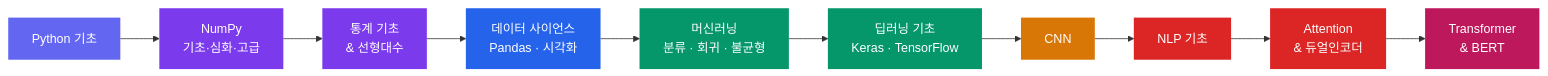
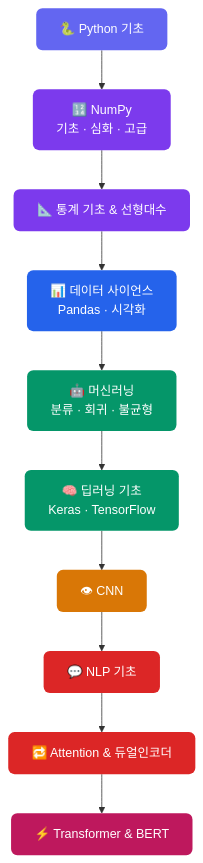
The diagram in README.md (coding-jhj/Review-Estcamp-AI-Human), drawn with Mermaid before and after one commit.

Commit message:
Update learning roadmap diagram in README.md

````diff
--- a/README.md
+++ b/README.md
@@ -32,23 +32,24 @@
 ```mermaid
-flowchart LR
-    A[Python 기초] --> B[NumPy\n기초·심화·고급]
-    B --> C[통계 기초\n& 선형대수]
-    C --> D[데이터 사이언스\nPandas · 시각화]
-    D --> E[머신러닝\n분류 · 회귀 · 불균형]
-    E --> F[딥러닝 기초\nKeras · TensorFlow]
-    F --> G[CNN]
-    G --> H[NLP 기초]
-    H --> I[Attention\n& 듀얼인코더]
-    I --> J[Transformer\n& BERT]
+flowchart TD
+    A["🐍 Python 기초"] --> B
+    B["🔢 NumPy\n기초 · 심화 · 고급"] --> C
+    C["📐 통계 기초 & 선형대수"] --> D
+    D["📊 데이터 사이언스\nPandas · 시각화"] --> E
+    E["🤖 머신러닝\n분류 · 회귀 · 불균형"] --> F
+    F["🧠 딥러닝 기초\nKeras · TensorFlow"] --> G
+    G["👁 CNN"] --> H
+    H["💬 NLP 기초"] --> I
+    I["🔁 Attention & 듀얼인코더"] --> J
+    J["⚡ Transformer & BERT"]
 
-    style A fill:#6366f1,color:#fff,stroke:none
-    style B fill:#7c3aed,color:#fff,stroke:none
-    style C fill:#7c3aed,color:#fff,stroke:none
-    style D fill:#2563eb,color:#fff,stroke:none
-    style E fill:#059669,color:#fff,stroke:none
-    style F fill:#059669,color:#fff,stroke:none
-    style G fill:#d97706,color:#fff,stroke:none
-    style H fill:#dc2626,color:#fff,stroke:none
-    style I fill:#dc2626,color:#fff,stroke:none
-    style J fill:#be185d,color:#fff,stroke:none
+    style A fill:#6366f1,color:#fff,stroke:none,rx:8
+    style B fill:#7c3aed,color:#fff,stroke:none,rx:8
+    style C fill:#7c3aed,color:#fff,stroke:none,rx:8
+    style D fill:#2563eb,color:#fff,stroke:none,rx:8
+    style E fill:#059669,color:#fff,stroke:none,rx:8
+    style F fill:#059669,color:#fff,stroke:none,rx:8
+    style G fill:#d97706,color:#fff,stroke:none,rx:8
+    style H fill:#dc2626,color:#fff,stroke:none,rx:8
+    style I fill:#dc2626,color:#fff,stroke:none,rx:8
+    style J fill:#be185d,color:#fff,stroke:none,rx:8
 ```
````
